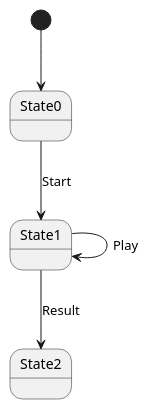
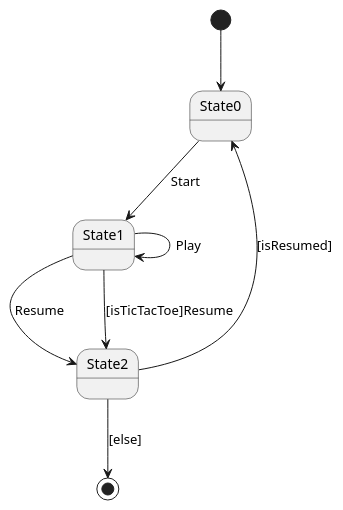
The second of 2 diagrams in src/docs/asciidoc/index.adoc (x-USantaTecla-game-ticTacToe/requirements), drawn with PlantUML before and after one commit. The commit also changed other lines of this file and 5 other files, not shown here.

```diff
--- a/src/docs/asciidoc/index.adoc
+++ b/src/docs/asciidoc/index.adoc
@@ -52,8 +52,11 @@
 [plantuml,diagramaContexto,svg]
 ....
 
 [*] --> State0
 State0 --> State1 : Start
 State1 --> State1 : Play
-State1 --> State2 : Result
+State1 --> State2 : Resume
+State1 --> State2 : [isTicTacToe]Resume
+State2 --> State0 : [isResumed]
+State2 --> [*] : [else]
 ....
```
